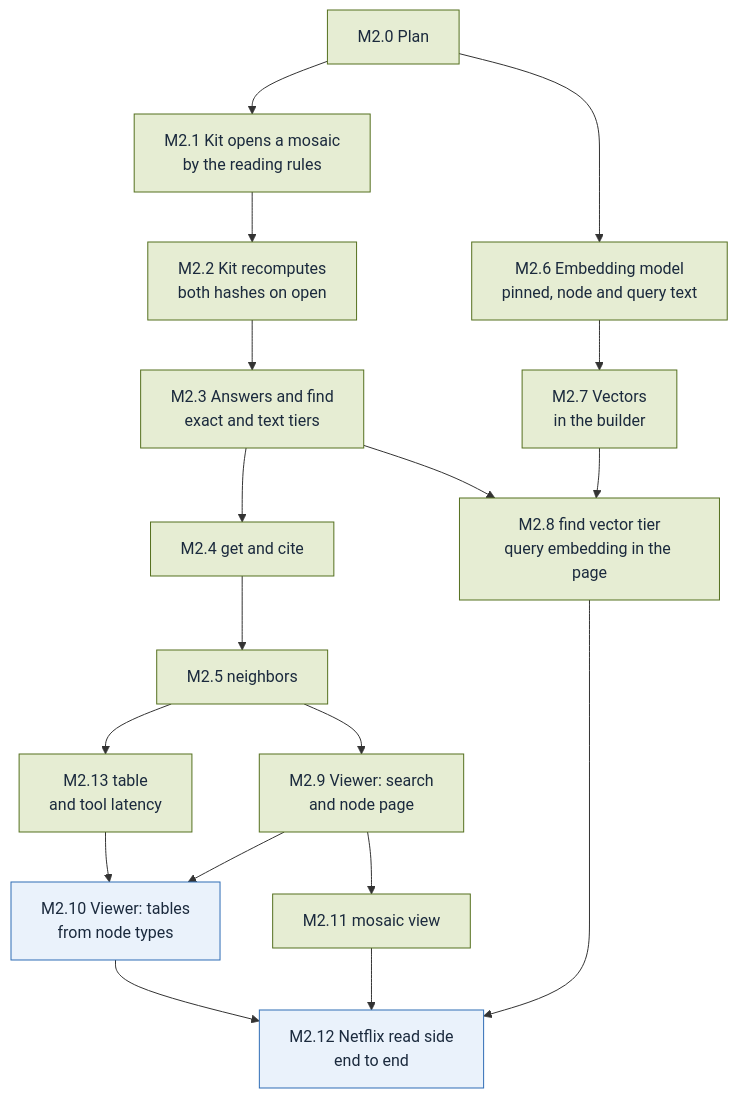
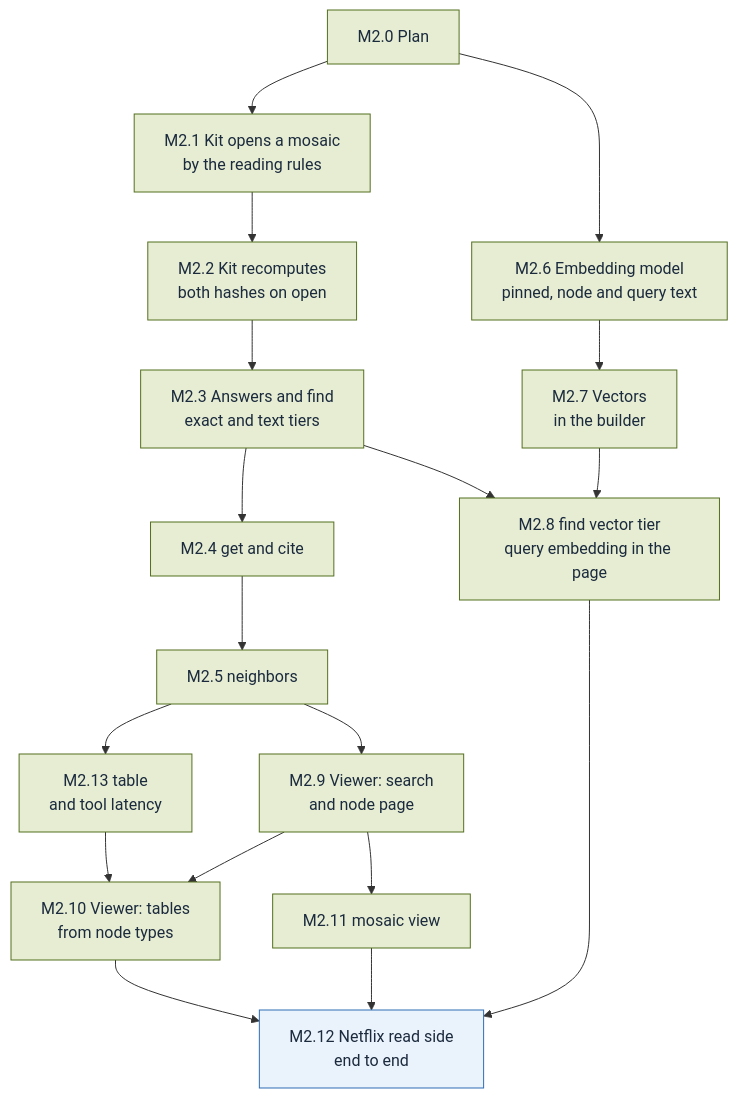
Before and after one commit to alcjor/Mosaic: the diagram in plan/M2.md, drawn with Mermaid. The commit also changed other lines of this file and 14 other files, not shown here.

````diff
--- a/plan/M2.md
+++ b/plan/M2.md
@@ -3,39 +3,39 @@
 ```mermaid
 flowchart TD
   M2_0["M2.0 Plan"]
   M2_1["M2.1 Kit opens a mosaic<br/>by the reading rules"]
   M2_2["M2.2 Kit recomputes<br/>both hashes on open"]
   M2_3["M2.3 Answers and find<br/>exact and text tiers"]
   M2_4["M2.4 get and cite"]
   M2_5["M2.5 neighbors"]
   M2_13["M2.13 table<br/>and tool latency"]
   M2_6["M2.6 Embedding model<br/>pinned, node and query text"]
   M2_7["M2.7 Vectors<br/>in the builder"]
   M2_8["M2.8 find vector tier<br/>query embedding in the page"]
   M2_9["M2.9 Viewer: search<br/>and node page"]
   M2_10["M2.10 Viewer: tables<br/>from node types"]
   M2_11["M2.11 mosaic view"]
   M2_12["M2.12 Netflix read side<br/>end to end"]
   M2_0 --> M2_1
   M2_1 --> M2_2
   M2_2 --> M2_3
   M2_3 --> M2_4
   M2_4 --> M2_5
   M2_5 --> M2_13
   M2_0 --> M2_6
   M2_6 --> M2_7
   M2_3 --> M2_8
   M2_7 --> M2_8
   M2_5 --> M2_9
   M2_9 --> M2_10
   M2_13 --> M2_10
   M2_9 --> M2_11
   M2_8 --> M2_12
   M2_10 --> M2_12
   M2_11 --> M2_12
   classDef done fill:#E6EDD3,stroke:#55701F,color:#1B2A3D
   classDef todo fill:#EAF2FB,stroke:#2F6DB5,color:#1B2A3D
   classDef parked fill:#FCEFCF,stroke:#F2B630,color:#1B2A3D
-  class M2_0,M2_1,M2_2,M2_3,M2_4,M2_5,M2_6,M2_7,M2_8,M2_9,M2_11,M2_13 done
-  class M2_10,M2_12 todo
+  class M2_0,M2_1,M2_2,M2_3,M2_4,M2_5,M2_6,M2_7,M2_8,M2_9,M2_10,M2_11,M2_13 done
+  class M2_12 todo
 ```
````
